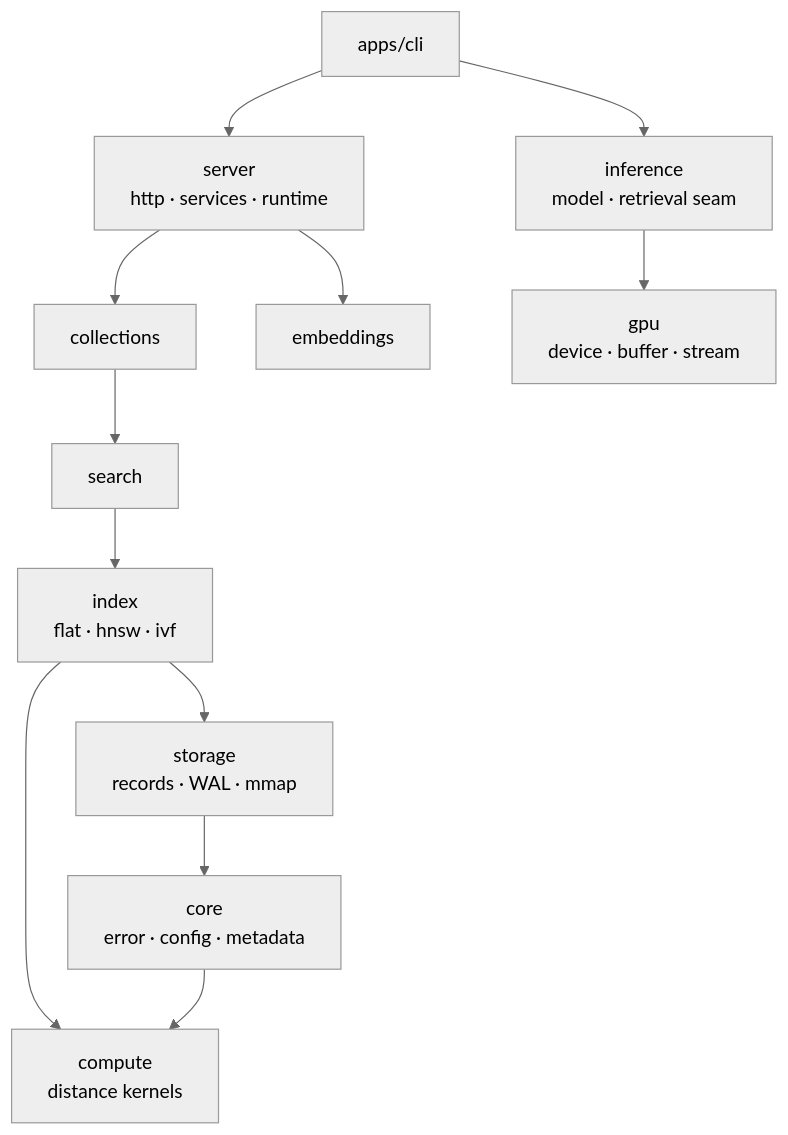
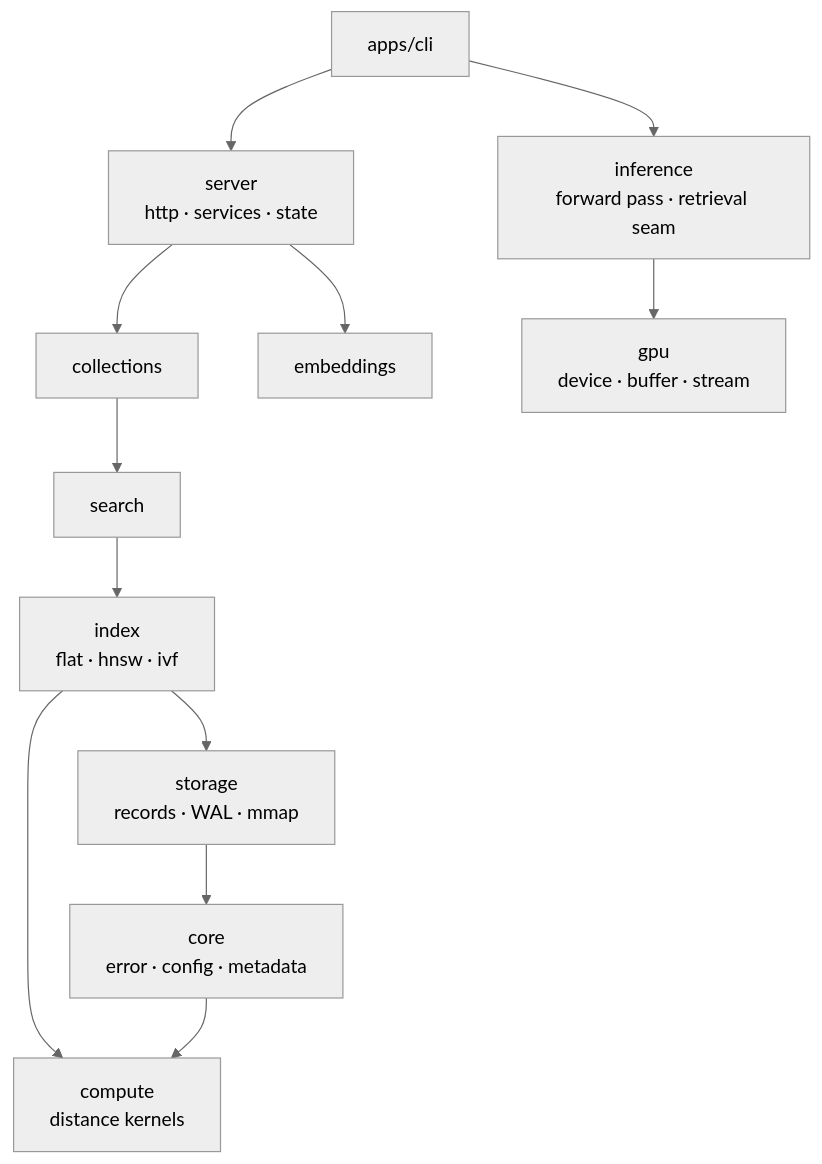
Before and after one commit to ashworks1706/Piramid: the diagram in README.md, drawn with Mermaid (neutral theme). The commit also changed other lines of this file and 56 other files, not shown here.

````diff
--- a/README.md
+++ b/README.md
@@ -45,26 +40,26 @@
 ```mermaid
 flowchart TD
     CLI[apps/cli]
-    Server[server<br/>http · services · runtime]
-    Inference[inference<br/>model · retrieval seam]
+    Server[server<br/>http · services · state]
+    Inference[inference<br/>forward pass · retrieval seam]
     Collections[collections]
     Embeddings[embeddings]
     Search[search]
     Index[index<br/>flat · hnsw · ivf]
     Storage[storage<br/>records · WAL · mmap]
     Core[core<br/>error · config · metadata]
     Compute[compute<br/>distance kernels]
     Gpu[gpu<br/>device · buffer · stream]
 
     CLI --> Server
     CLI --> Inference
     Server --> Collections
     Server --> Embeddings
     Inference --> Gpu
     Collections --> Search
     Search --> Index
     Index --> Storage
     Index --> Compute
     Storage --> Core
     Core --> Compute
 ```
````
